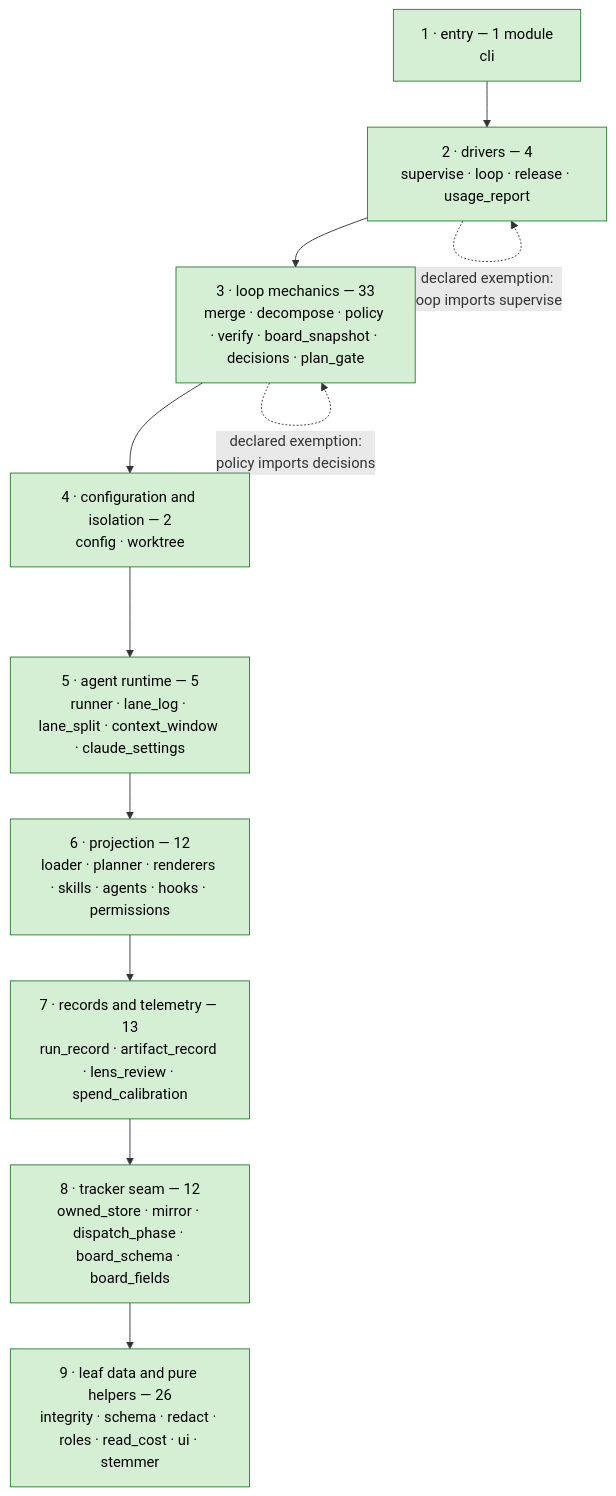
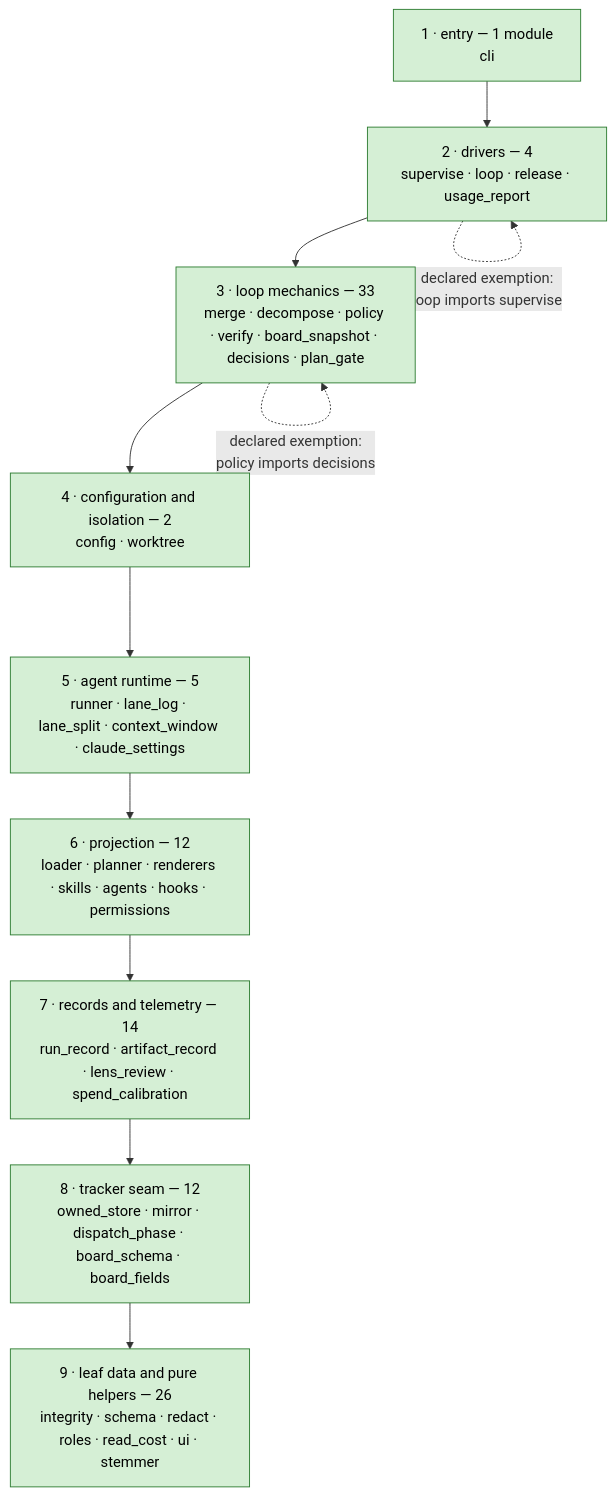
Diagram 14 of 16 in docs/architecture/architecture.md (niksavis/basicly), drawn with Mermaid before and after one commit. The commit also changed other lines of this file and 20 other files, not shown here.

````diff
--- a/docs/architecture/architecture.md
+++ b/docs/architecture/architecture.md
@@ -3298,19 +3298,19 @@
 ```mermaid
 flowchart TB
   b1["1 · entry — 1 module<br/>cli"]
   b2["2 · drivers — 4<br/>supervise · loop · release · usage_report"]
   b3["3 · loop mechanics — 33<br/>merge · decompose · policy · verify · board_snapshot · decisions · plan_gate"]
   b4["4 · configuration and isolation — 2<br/>config · worktree"]
   b5["5 · agent runtime — 5<br/>runner · lane_log · lane_split · context_window · claude_settings"]
   b6["6 · projection — 12<br/>loader · planner · renderers · skills · agents · hooks · permissions"]
-  b7["7 · records and telemetry — 13<br/>run_record · artifact_record · lens_review · spend_calibration"]
+  b7["7 · records and telemetry — 14<br/>run_record · artifact_record · lens_review · spend_calibration"]
   b8["8 · tracker seam — 12<br/>owned_store · mirror · dispatch_phase · board_schema · board_fields"]
   b9["9 · leaf data and pure helpers — 26<br/>integrity · schema · redact · roles · read_cost · ui · stemmer"]
 
   b1 --> b2 --> b3 --> b4 --> b5 --> b6 --> b7 --> b8 --> b9
   b2 -.->|"declared exemption:<br/>loop imports supervise"| b2
   b3 -.->|"declared exemption:<br/>policy imports decisions"| b3
 
   classDef shipped fill:#d5efd5,stroke:#2e7d32,color:#000
   class b1,b2,b3,b4,b5,b6,b7,b8,b9 shipped
 ```
````
